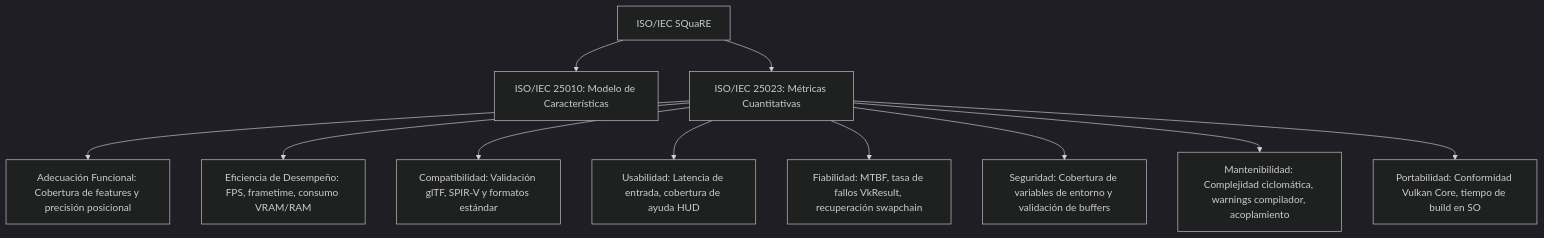
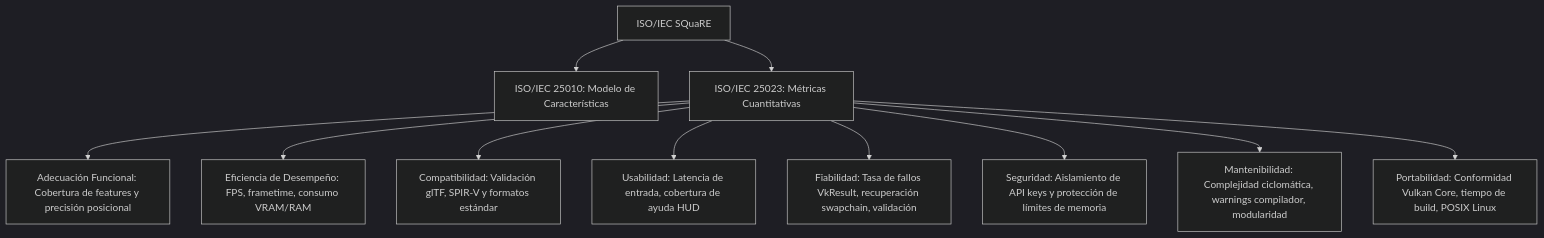
One commit to jefazo-isc/aguascavulkan changed the diagram in docs/ISO_IEC_25023.md. Above: the diagram before and after it, drawn with Mermaid (dark theme). The commit also changed other lines of this file and 129 other files, not shown here.

````diff
--- a/docs/ISO_IEC_25023.md
+++ b/docs/ISO_IEC_25023.md
@@ -10,15 +10,15 @@
 ```mermaid
 graph TD
     SQuaRE["ISO/IEC SQuaRE"]
     SQuaRE --> ISO25010["ISO/IEC 25010: Modelo de Características"]
     SQuaRE --> ISO25023["ISO/IEC 25023: Métricas Cuantitativas"]
     
     ISO25023 --> M1["Adecuación Funcional: Cobertura de features y precisión posicional"]
     ISO25023 --> M2["Eficiencia de Desempeño: FPS, frametime, consumo VRAM/RAM"]
     ISO25023 --> M3["Compatibilidad: Validación glTF, SPIR-V y formatos estándar"]
     ISO25023 --> M4["Usabilidad: Latencia de entrada, cobertura de ayuda HUD"]
-    ISO25023 --> M5["Fiabilidad: MTBF, tasa de fallos VkResult, recuperación swapchain"]
-    ISO25023 --> M6["Seguridad: Cobertura de variables de entorno y validación de buffers"]
-    ISO25023 --> M7["Mantenibilidad: Complejidad ciclomática, warnings compilador, acoplamiento"]
-    ISO25023 --> M8["Portabilidad: Conformidad Vulkan Core, tiempo de build en SO"]
+    ISO25023 --> M5["Fiabilidad: Tasa de fallos VkResult, recuperación swapchain, validación"]
+    ISO25023 --> M6["Seguridad: Aislamiento de API keys y protección de límites de memoria"]
+    ISO25023 --> M7["Mantenibilidad: Complejidad ciclomática, warnings compilador, modularidad"]
+    ISO25023 --> M8["Portabilidad: Conformidad Vulkan Core, tiempo de build, POSIX Linux"]
 ```
````
